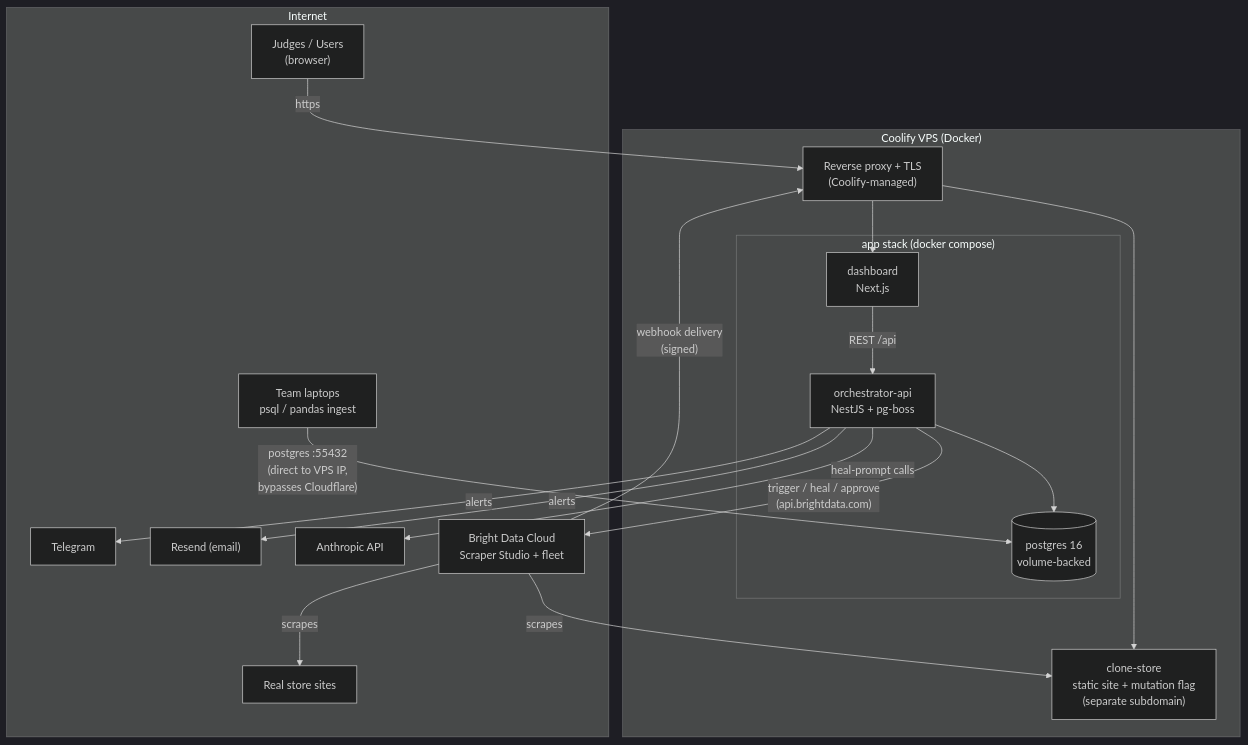
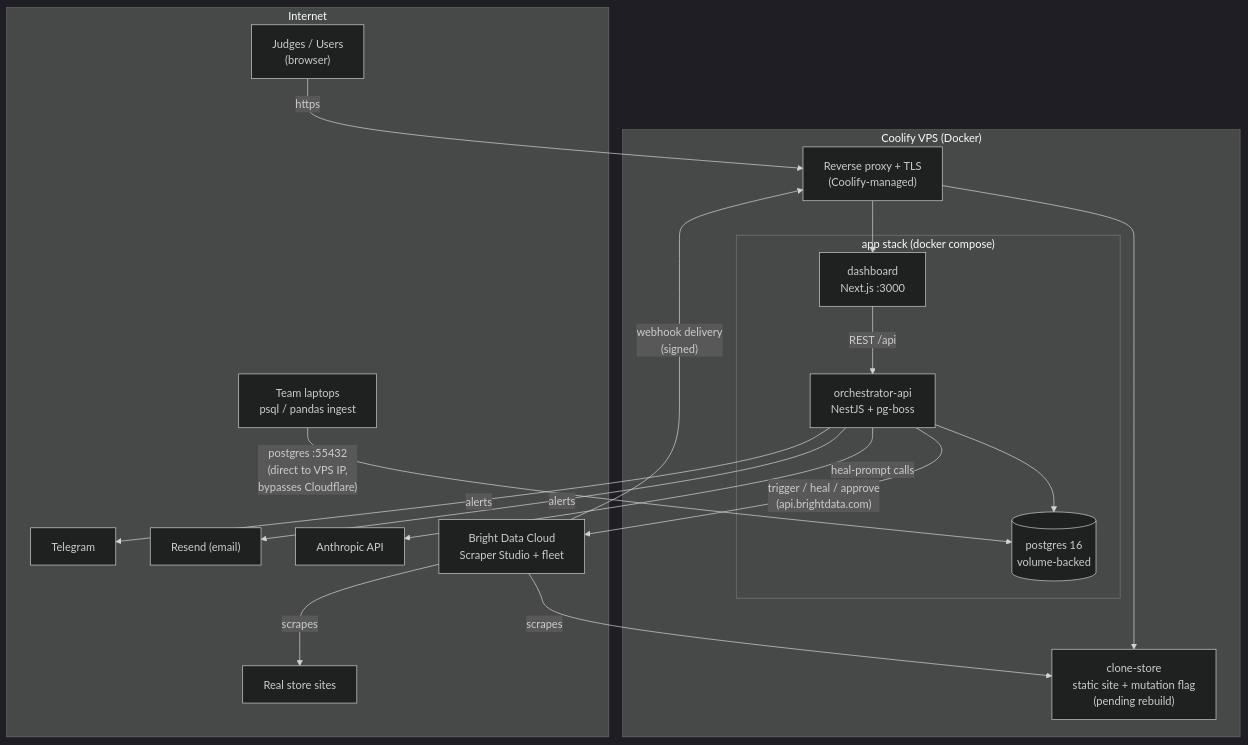
The fifth of 5 diagrams in docs/architecture.md (spencerjireh/basketwatch), drawn with Mermaid (dark theme) before and after one commit. The commit also changed other lines of this file and 5 other files, not shown here.

````diff
--- a/docs/architecture.md
+++ b/docs/architecture.md
@@ -329,36 +344,36 @@
 ```mermaid
 flowchart TB
     subgraph INET["Internet"]
         JUDGE["Judges / Users<br/>(browser)"]
         TG["Telegram"]
         RESEND["Resend (email)"]
         ANTHROPIC["Anthropic API"]
         BDCLOUD["Bright Data Cloud<br/>Scraper Studio + fleet"]
         STORES["Real store sites"]
         TEAM["Team laptops<br/>psql / pandas ingest"]
     end
 
     subgraph COOLIFY["Coolify VPS (Docker)"]
         PROXY["Reverse proxy + TLS<br/>(Coolify-managed)"]
         subgraph APP["app stack (docker compose)"]
-            WEB["dashboard<br/>Next.js"]
+            WEB["dashboard<br/>Next.js :3000"]
             APIC["orchestrator-api<br/>NestJS + pg-boss"]
             PG[("postgres 16<br/>volume-backed")]
         end
-        CLONE["clone-store<br/>static site + mutation flag<br/>(separate subdomain)"]
+        CLONE["clone-store<br/>static site + mutation flag<br/>(pending rebuild)"]
     end
 
     JUDGE -->|https| PROXY
     PROXY --> WEB
     PROXY --> CLONE
     WEB -->|REST /api| APIC
     APIC --> PG
     APIC -->|"trigger / heal / approve<br/>(api.brightdata.com)"| BDCLOUD
     BDCLOUD -->|"webhook delivery<br/>(signed)"| PROXY
     BDCLOUD -->|scrapes| STORES
     BDCLOUD -->|scrapes| CLONE
     APIC -->|heal-prompt calls| ANTHROPIC
     APIC -->|alerts| RESEND
     APIC -->|alerts| TG
     TEAM -->|"postgres :55432<br/>(direct to VPS IP,<br/>bypasses Cloudflare)"| PG
 ```
````
